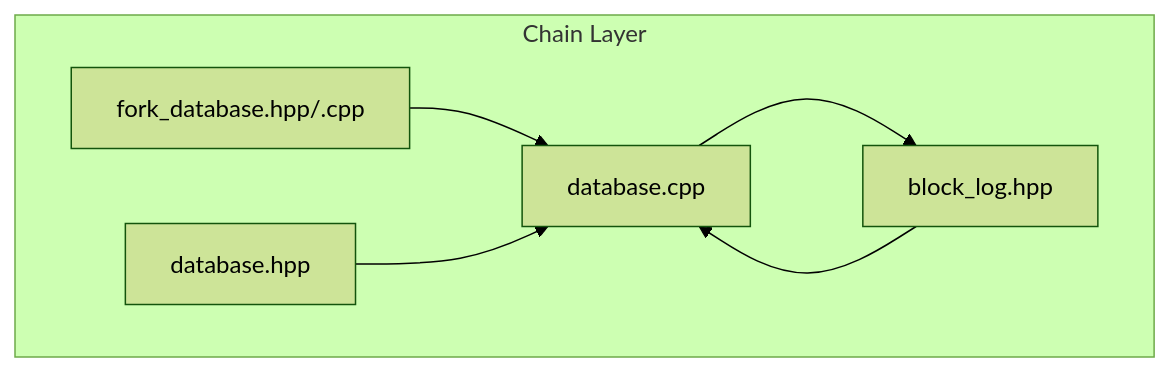
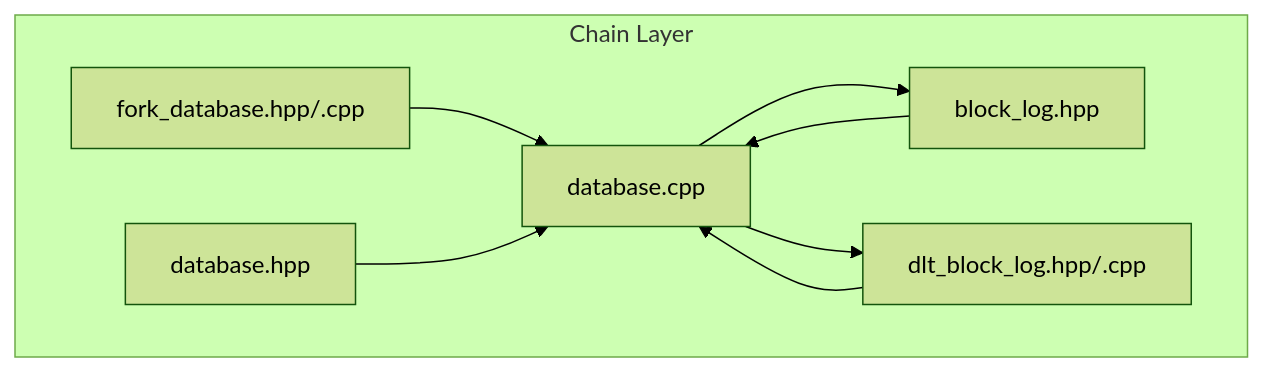
Before and after one commit to VIZ-Blockchain/viz-cpp-node: the first of 10 diagrams in .qoder/repowiki/en/content/Architecture Overview/Core Libraries/Chain Library/Fork Resolution and Consensus.md, drawn with Mermaid (forest theme). The commit also changed other lines of this file and 5 other files, not shown here.

````diff
--- a/.qoder/repowiki/en/content/Architecture Overview/Core Libraries/Chain Library/Fork Resolution and Consensus.md
+++ b/.qoder/repowiki/en/content/Architecture Overview/Core Libraries/Chain Library/Fork Resolution and Consensus.md
@@ -41,13 +45,16 @@
 ```mermaid
 graph TB
 subgraph "Chain Layer"
 FD["fork_database.hpp/.cpp"]
 DBH["database.hpp"]
 DBC["database.cpp"]
 BLH["block_log.hpp"]
+DLTH["dlt_block_log.hpp/.cpp"]
 end
 FD --> DBC
 DBH --> DBC
 BLH --> DBC
+DLTH --> DBC
 DBC --> BLH
+DBC --> DLTH
 ```
````
